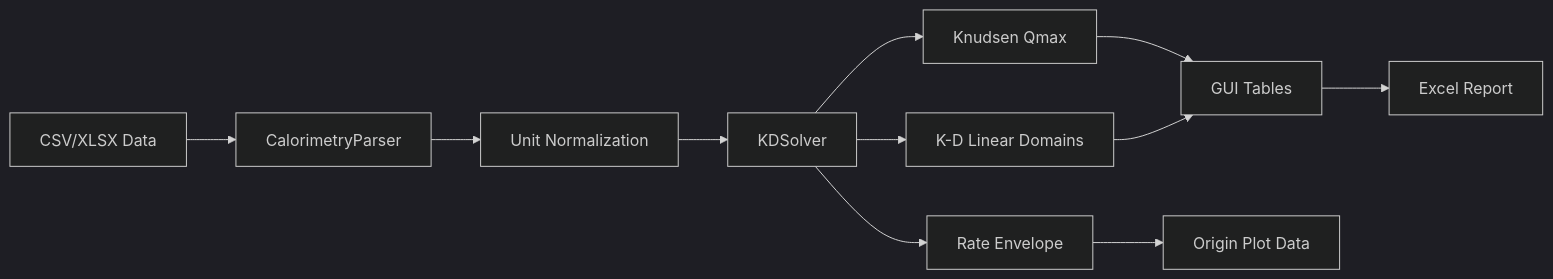
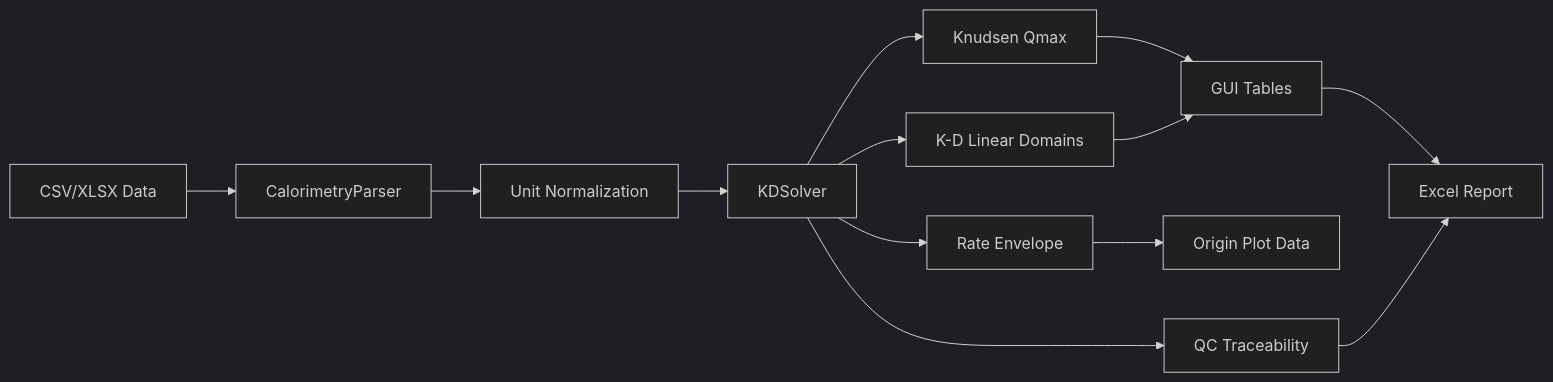
One commit to liqinglq666/Hydration-Kinetics-Pro changed the diagram in README.md. Above: the diagram before and after it, drawn with Mermaid (dark theme). The commit also changed other lines of this file, not shown here.

Commit message:
Document QC traceability exports

````diff
--- a/README.md
+++ b/README.md
@@ -127,13 +141,15 @@
 ```mermaid
 flowchart LR
     A[CSV/XLSX Data] --> B[CalorimetryParser]
     B --> C[Unit Normalization]
     C --> D[KDSolver]
     D --> E[Knudsen Qmax]
     D --> F[K-D Linear Domains]
     D --> G[Rate Envelope]
     E --> H[GUI Tables]
     F --> H
     G --> I[Origin Plot Data]
     H --> J[Excel Report]
+    D --> K[QC Traceability]
+    K --> J
 ```
````
